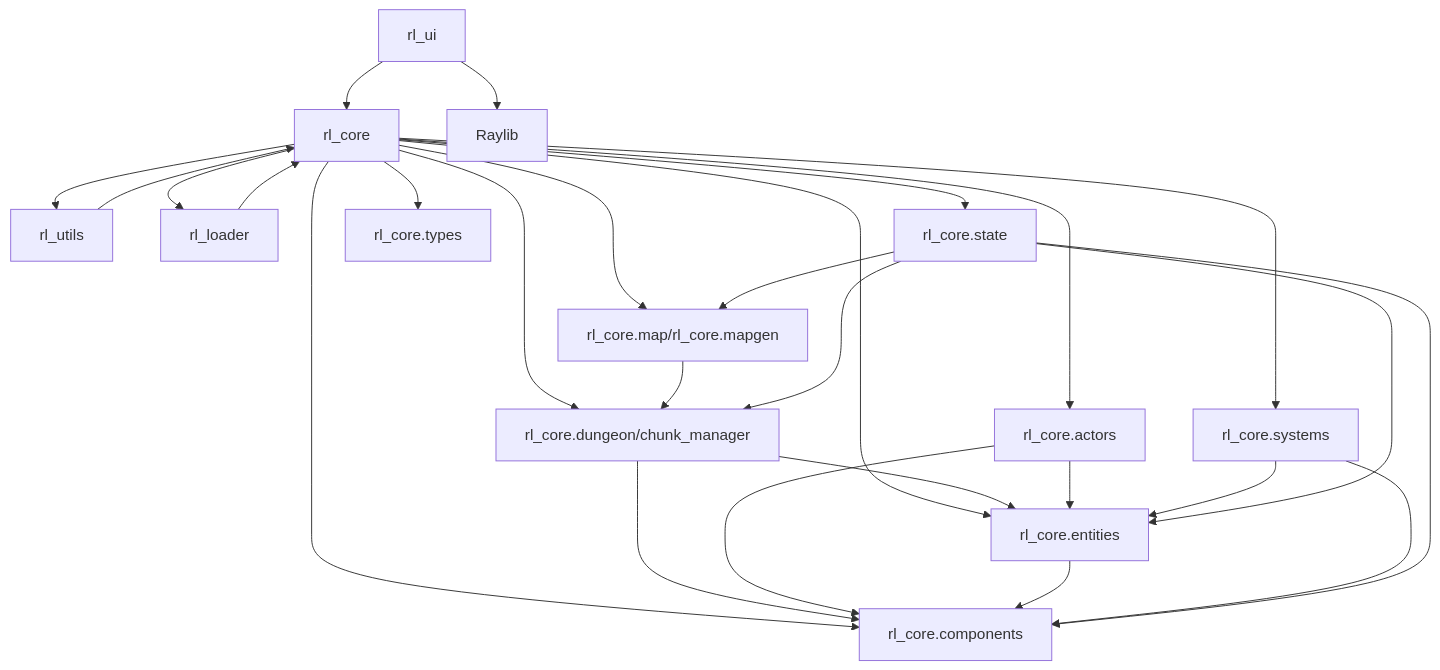
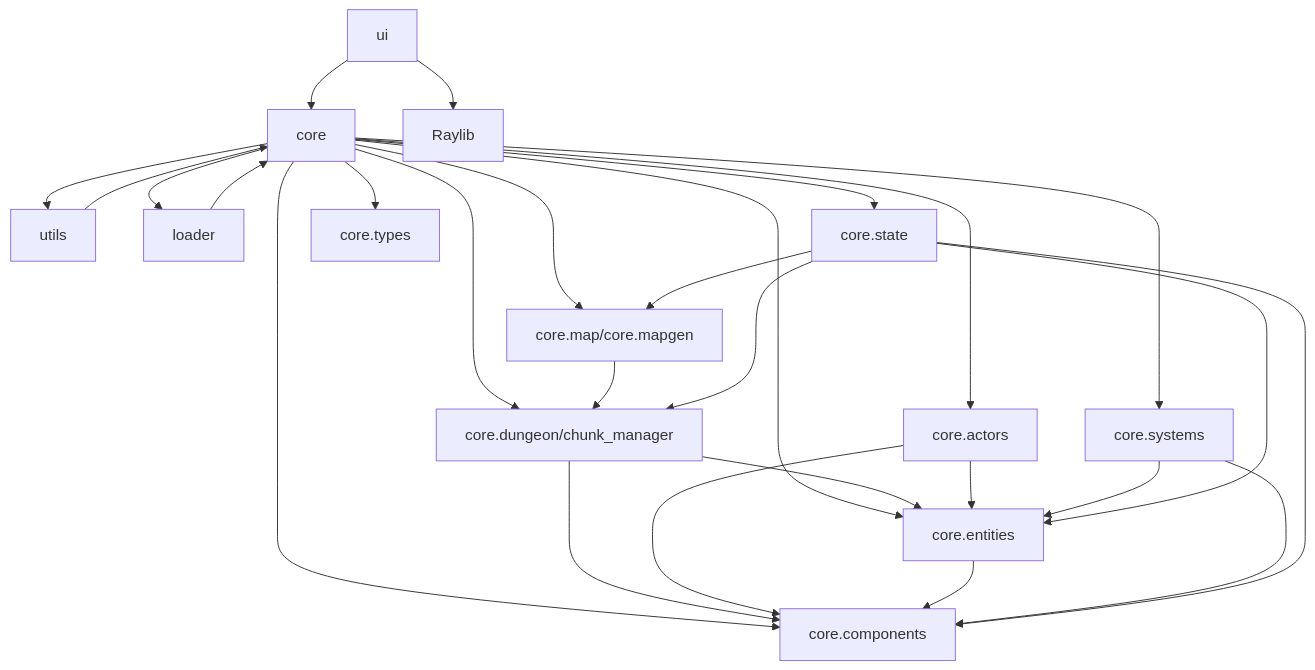
Before and after one commit to HexSleeves/EchosInTheDark: the first of 2 diagrams in docs/architecture.md, drawn with Mermaid. The commit also changed 158 other files, not shown here.

````diff
--- a/docs/architecture.md
+++ b/docs/architecture.md
@@ -23,43 +23,43 @@
 ```mermaid
 flowchart TD
-    UI[rl_ui]
-    RLCore[rl_core]
+    UI[ui]
+    RLCore[core]
     Raylib[Raylib]
-    RLUtils[rl_utils]
-    RLLoader[rl_loader]
-    RLCoreMap[rl_core.map/rl_core.mapgen]
-    RLCoreChunk[rl_core.dungeon/chunk_manager]
-    RLCoreActors[rl_core.actors]
-    RLCoreEntities[rl_core.entities]
-    RLCoreComponents[rl_core.components]
-    RLCoreSystems[rl_core.systems]
-    RLCoreState[rl_core.state]
-    RLCoreTypes[rl_core.types]
+    RLUtils[utils]
+    RLLoader[loader]
+    RLCoreMap[core.map/core.mapgen]
+    RLCoreChunk[core.dungeon/chunk_manager]
+    RLCoreActors[core.actors]
+    RLCoreEntities[core.entities]
+    RLCoreComponents[core.components]
+    RLCoreSystems[core.systems]
+    RLCoreState[core.state]
+    RLCoreTypes[core.types]
 
     UI --> RLCore
     UI --> Raylib
     RLCore --> RLCoreActors
     RLCore --> RLCoreEntities
     RLCore --> RLCoreComponents
     RLCore --> RLCoreSystems
     RLCore --> RLCoreMap
     RLCore --> RLCoreChunk
     RLCore --> RLCoreState
     RLCore --> RLCoreTypes
     RLCore --> RLUtils
     RLCore --> RLLoader
     RLCoreMap --> RLCoreChunk
     RLCoreChunk --> RLCoreEntities
     RLCoreChunk --> RLCoreComponents
     RLCoreActors --> RLCoreEntities
     RLCoreActors --> RLCoreComponents
     RLCoreEntities --> RLCoreComponents
     RLCoreSystems --> RLCoreEntities
     RLCoreSystems --> RLCoreComponents
     RLCoreState --> RLCoreEntities
     RLCoreState --> RLCoreComponents
     RLCoreState --> RLCoreChunk
     RLCoreState --> RLCoreMap
     RLLoader --> RLCore
     RLUtils --> RLCore
 ```
````
